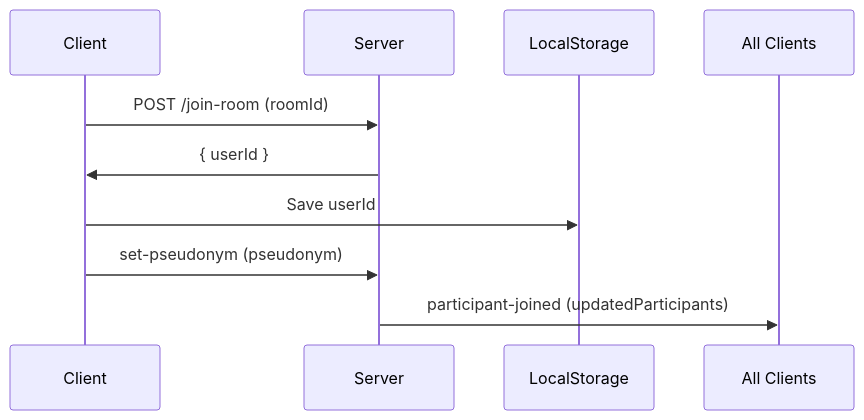
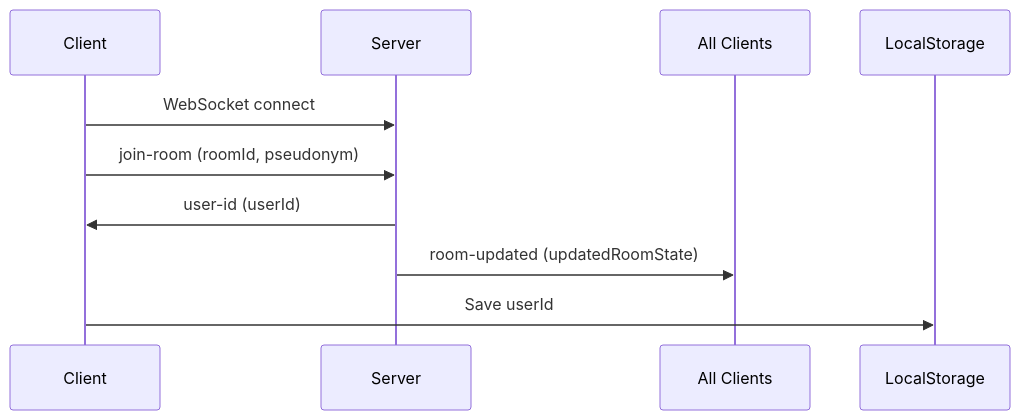
Before and after one commit to conrisc/scrum-poker: the third of 5 diagrams in memory-bank/systemPatterns.md, drawn with Mermaid. The commit also changed other lines of this file and 1 other file, not shown here.

Commit message:
Update memory bank

````diff
--- a/memory-bank/systemPatterns.md
+++ b/memory-bank/systemPatterns.md
@@ -35,8 +35,8 @@
 ```mermaid
 sequenceDiagram
-    Client->>Server: POST /join-room (roomId)
-    Server->>Client: { userId }
+    Client->>Server: WebSocket connect
+    Client->>Server: join-room (roomId, pseudonym)
+    Server->>Client: user-id (userId)
+    Server->>All Clients: room-updated (updatedRoomState)
     Client->>LocalStorage: Save userId
-    Client->>Server: set-pseudonym (pseudonym)
-    Server->>All Clients: participant-joined (updatedParticipants)
 ```
````
